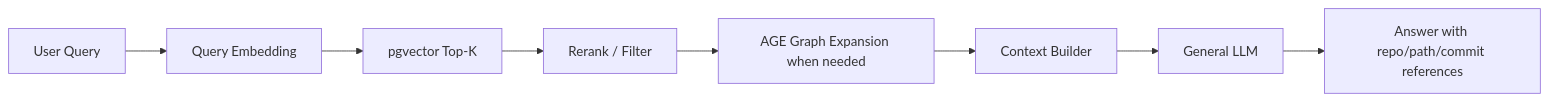
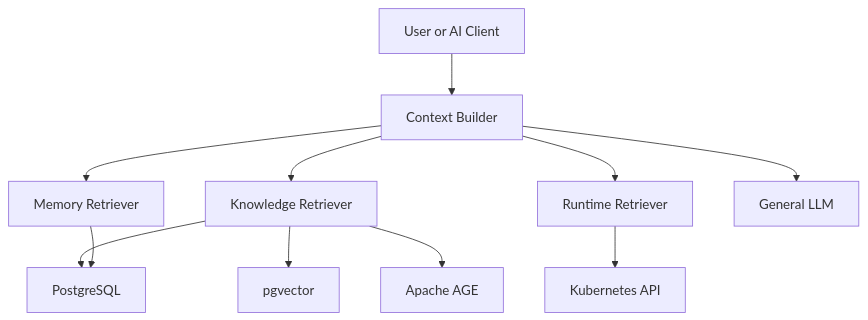
The diagram in README.md (jim99224/AI-Knowledge-Base), drawn with Mermaid before and after one commit. The commit also changed other lines of this file, not shown here.

Commit message:
docs: simplify README and define milestone roadmap

````diff
--- a/README.md
+++ b/README.md
@@ -161,10 +17,13 @@
 ```mermaid
-flowchart LR
-    Q[User Query] --> QE[Query Embedding]
-    QE --> VS[pgvector Top-K]
-    VS --> RR[Rerank / Filter]
-    RR --> GE[AGE Graph Expansion when needed]
-    GE --> CTX[Context Builder]
+flowchart TD
+    USER[User or AI Client] --> CTX[Context Builder]
+    CTX --> KNOWLEDGE[Knowledge Retriever]
+    CTX --> MEMORY[Memory Retriever]
+    CTX --> RUNTIME[Runtime Retriever]
+    KNOWLEDGE --> POSTGRES[PostgreSQL]
+    KNOWLEDGE --> VECTOR[pgvector]
+    KNOWLEDGE --> GRAPH[Apache AGE]
+    MEMORY --> POSTGRES
+    RUNTIME --> K8S[Kubernetes API]
     CTX --> LLM[General LLM]
-    LLM --> A[Answer with repo/path/commit references]
 ```
````
